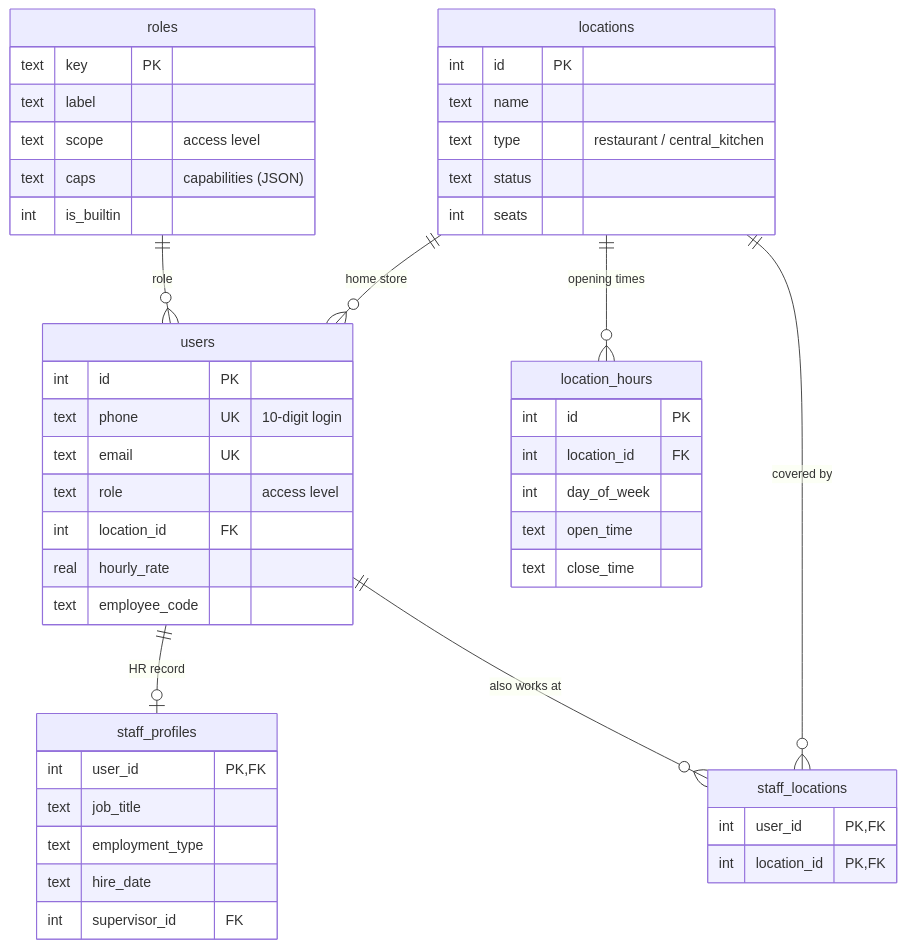
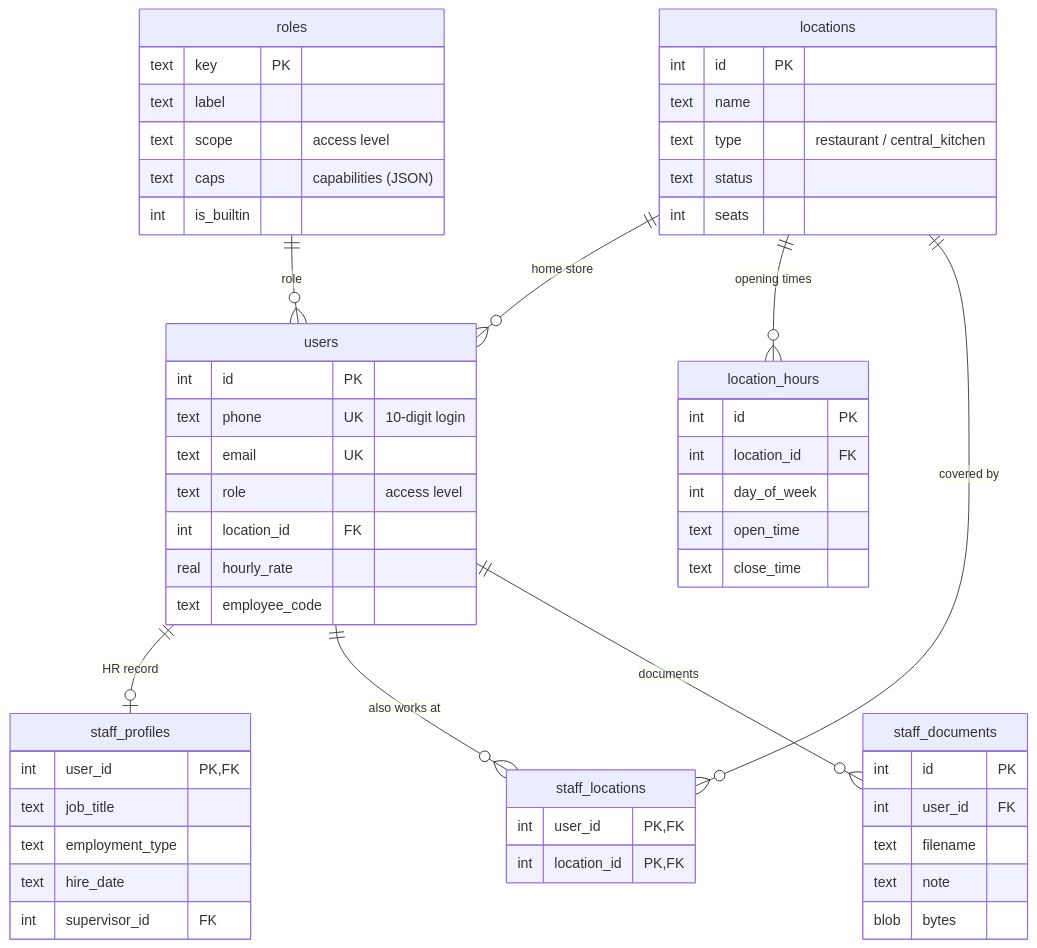
One commit to nolanle-gmail/pho-ha-noi changed the second of 16 diagrams in docs/HANDBOOK.md. Above: the diagram before and after it, drawn with Mermaid. The commit also changed other lines of this file, not shown here.

First line of the commit message:
HANDBOOK: staff documents, Personal ID, Terminated date

````diff
--- a/docs/HANDBOOK.md
+++ b/docs/HANDBOOK.md
@@ -139,50 +139,58 @@
 ```mermaid
 erDiagram
   locations ||--o{ users : "home store"
   locations ||--o{ location_hours : "opening times"
   roles ||--o{ users : "role"
   users ||--o| staff_profiles : "HR record"
   users ||--o{ staff_locations : "also works at"
+  users ||--o{ staff_documents : "documents"
   locations ||--o{ staff_locations : "covered by"
+  staff_documents {
+    int id PK
+    int user_id FK
+    text filename
+    text note
+    blob bytes
+  }
   roles {
     text key PK
     text label
     text scope "access level"
     text caps "capabilities (JSON)"
     int is_builtin
   }
   locations {
     int id PK
     text name
     text type "restaurant / central_kitchen"
     text status
     int seats
   }
   users {
     int id PK
     text phone UK "10-digit login"
     text email UK
     text role "access level"
     int location_id FK
     real hourly_rate
     text employee_code
   }
   staff_profiles {
     int user_id PK,FK
     text job_title
     text employment_type
     text hire_date
     int supervisor_id FK
   }
   staff_locations {
     int user_id PK,FK
     int location_id PK,FK
   }
   location_hours {
     int id PK
     int location_id FK
     int day_of_week
     text open_time
     text close_time
   }
 ```
````
